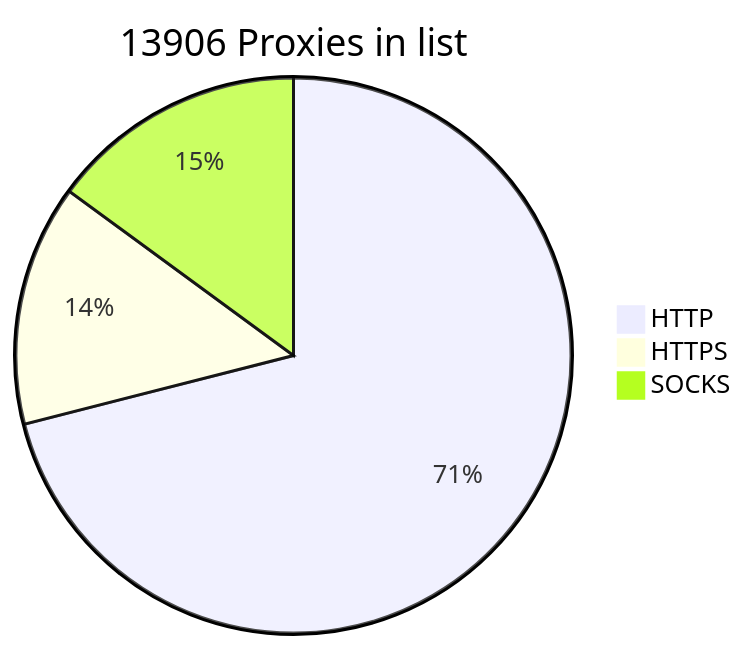
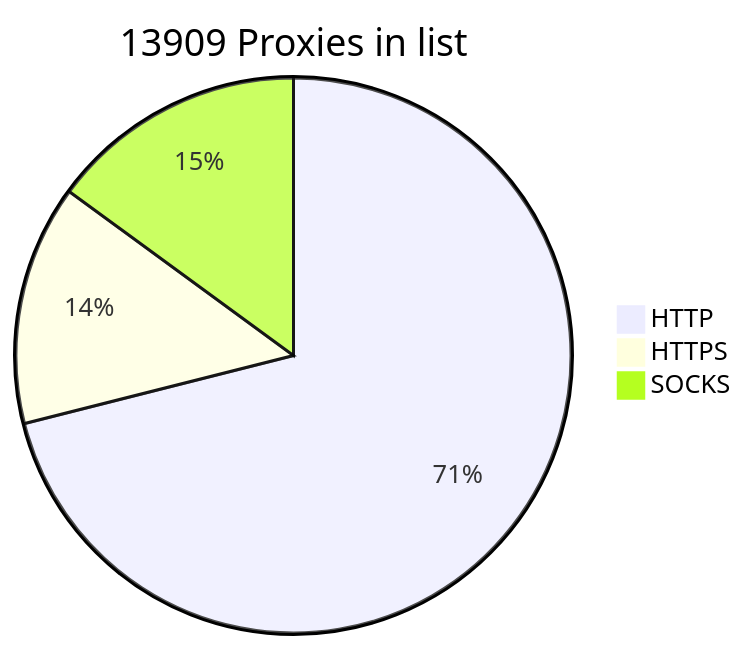
One commit to BlackSnowDot/proxylist-update-every-minute changed the diagram in README.md. Above: the diagram before and after it, drawn with Mermaid.

````diff
--- a/README.md
+++ b/README.md
@@ -2,6 +2,6 @@
 ```mermaid
-pie title 13906 Proxies in list
-    "HTTP" : 10364
-    "HTTPS": 2048
+pie title 13909 Proxies in list
+    "HTTP" : 10360
+    "HTTPS": 2040
     "SOCKS" : 2180
 ```
````
